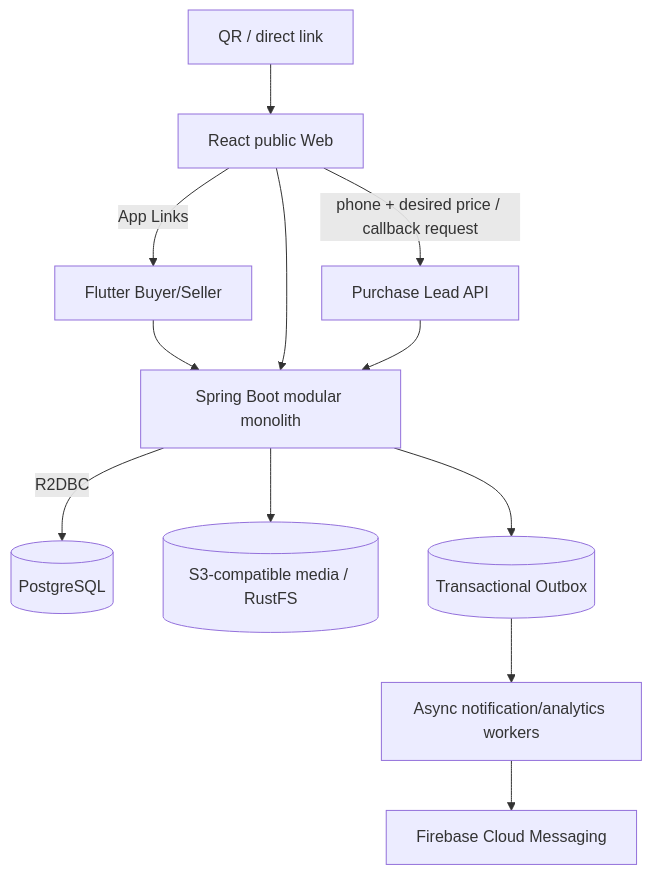
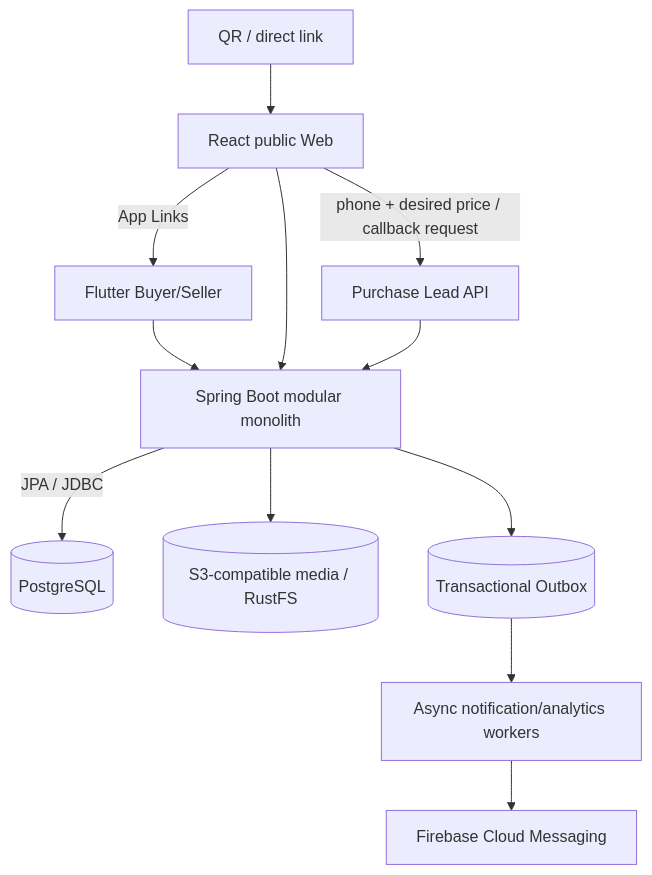
The first of 2 diagrams in docs/ARCHITECTURE.md (alimbetov/QRM), drawn with Mermaid before and after one commit. The commit also changed other lines of this file, not shown here.

Commit message:
docs: align ER, domain contracts and test plan with approved inventory location decisions

````diff
--- a/docs/ARCHITECTURE.md
+++ b/docs/ARCHITECTURE.md
@@ -7,14 +7,14 @@
 ```mermaid
 flowchart TD
   QR[QR / direct link] --> WEB[React public Web]
   WEB -->|phone + desired price / callback request| LEAD[Purchase Lead API]
   WEB -->|App Links| FLUTTER[Flutter Buyer/Seller]
   FLUTTER --> API[Spring Boot modular monolith]
   WEB --> API
   LEAD --> API
-  API -->|R2DBC| PG[(PostgreSQL)]
+  API -->|JPA / JDBC| PG[(PostgreSQL)]
   API --> OBJ[(S3-compatible media / RustFS)]
   API --> OUTBOX[(Transactional Outbox)]
   OUTBOX --> WORKER[Async notification/analytics workers]
   WORKER --> FCM[Firebase Cloud Messaging]
 ```
````
